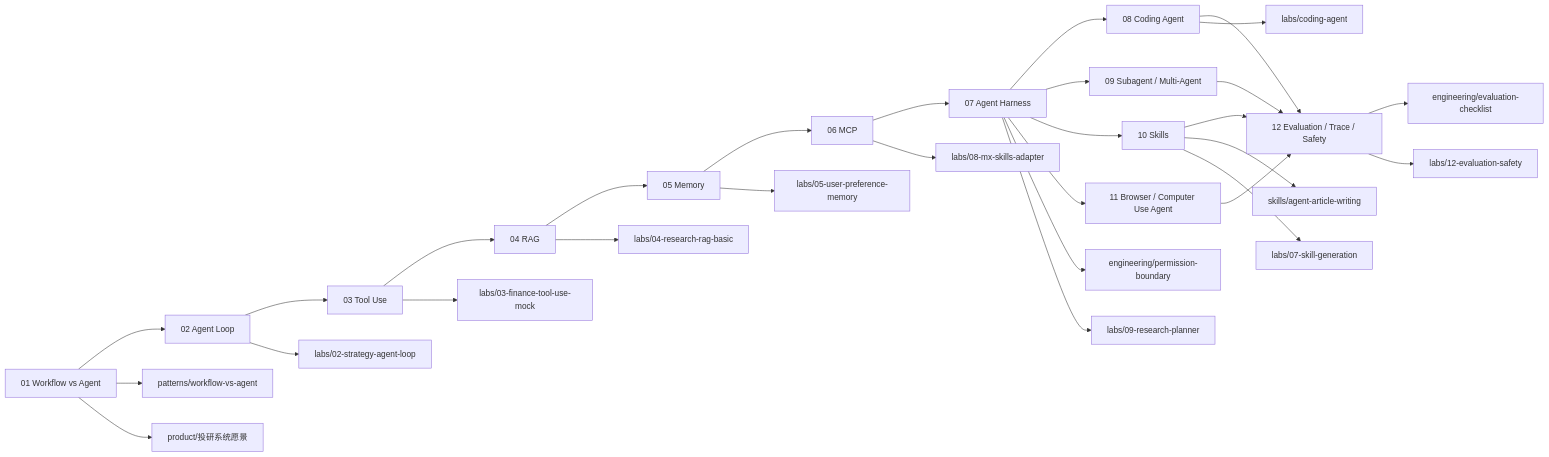
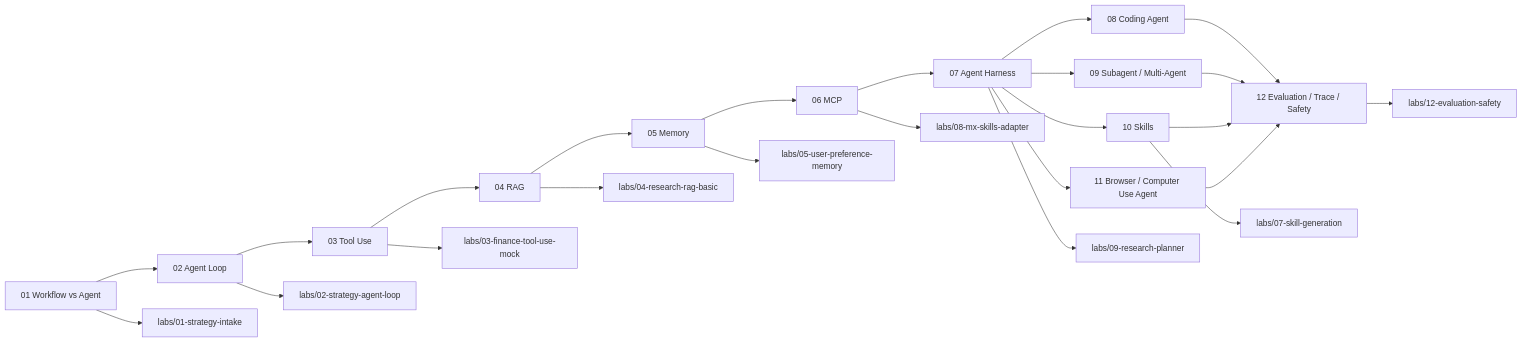
One commit to pittosporum-seu/Learning_Agent changed the second of 4 diagrams in docs/document-graph.md. Above: the diagram before and after it, drawn with Mermaid. The commit also changed other lines of this file and 19 other files, not shown here.

````diff
--- a/docs/document-graph.md
+++ b/docs/document-graph.md
@@ -53,33 +38,27 @@
 ```mermaid
 flowchart LR
     D01["01 Workflow vs Agent"] --> D02["02 Agent Loop"]
     D02 --> D03["03 Tool Use"]
     D03 --> D04["04 RAG"]
     D04 --> D05["05 Memory"]
     D05 --> D06["06 MCP"]
     D06 --> D07["07 Agent Harness"]
     D07 --> D08["08 Coding Agent"]
     D07 --> D09["09 Subagent / Multi-Agent"]
     D07 --> D10["10 Skills"]
     D07 --> D11["11 Browser / Computer Use Agent"]
     D08 --> D12["12 Evaluation / Trace / Safety"]
     D09 --> D12
     D10 --> D12
     D11 --> D12
 
-    D01 --> P1["patterns/workflow-vs-agent"]
-    D07 --> E1["engineering/permission-boundary"]
-    D08 --> L1["labs/coding-agent"]
-    D10 --> S1["skills/agent-article-writing"]
-    D12 --> E2["engineering/evaluation-checklist"]
-
-    D01 --> PR1["product/投研系统愿景"]
+    D01 --> L01["labs/01-strategy-intake"]
     D02 --> L02["labs/02-strategy-agent-loop"]
     D03 --> L03["labs/03-finance-tool-use-mock"]
     D04 --> L04["labs/04-research-rag-basic"]
     D05 --> L05["labs/05-user-preference-memory"]
     D06 --> L08["labs/08-mx-skills-adapter"]
     D07 --> L09["labs/09-research-planner"]
     D10 --> L07["labs/07-skill-generation"]
     D12 --> L12["labs/12-evaluation-safety"]
 ```
````
